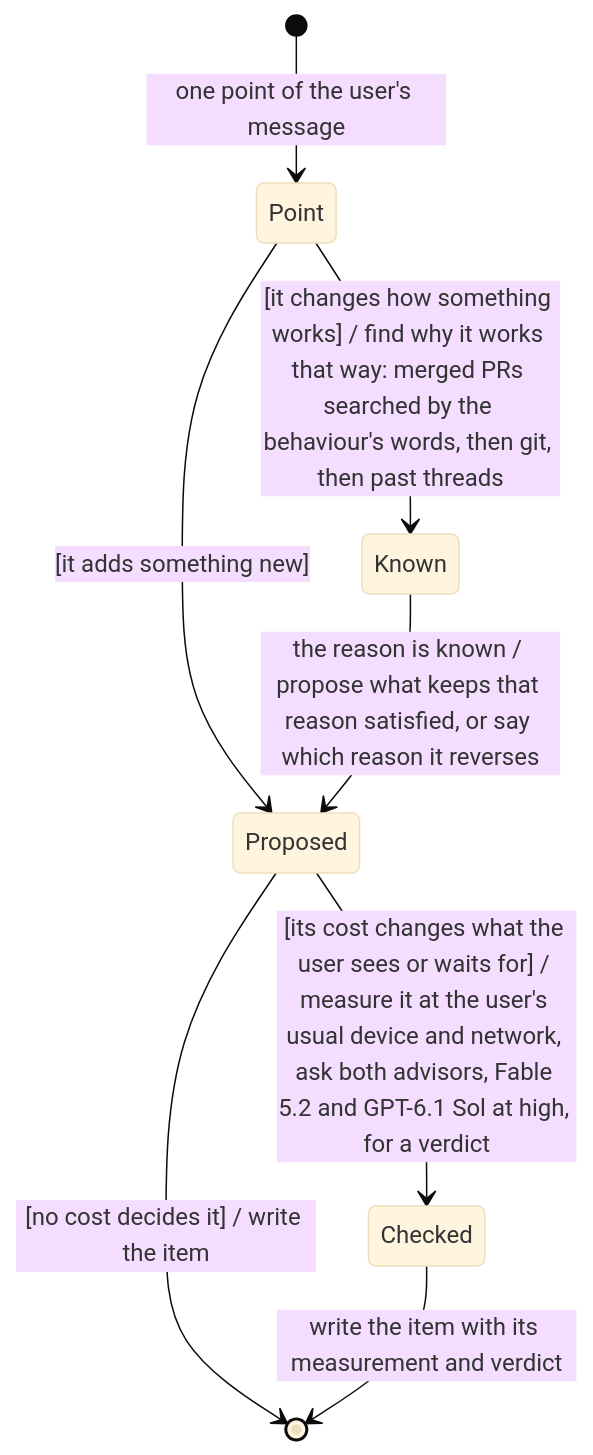
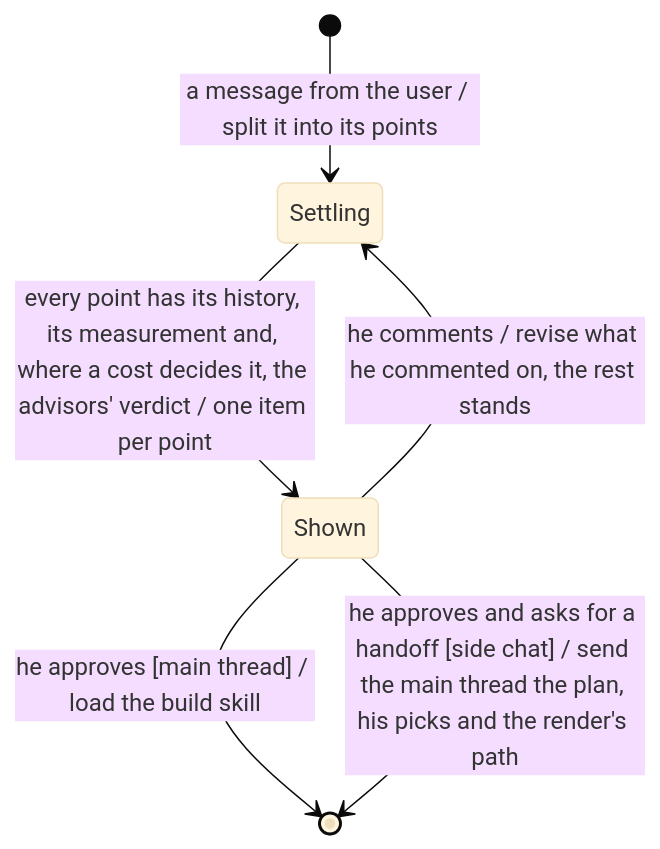
Before and after one commit to MP281X/deslop: the diagram in .claude/skills/plan/SKILL.md, drawn with Mermaid (base theme). The commit also changed other lines of this file and 18 other files, not shown here.

First line of the commit message:
Two gates, one skill per kind of agent, and a shorter prompt

````diff
--- a/.claude/skills/plan/SKILL.md
+++ b/.claude/skills/plan/SKILL.md
@@ -13,10 +8,8 @@
 ```mermaid
 stateDiagram-v2
-    [*] --> Point : one point of the user's message
-    Point --> Known : [it changes how something works] / find why it works that way: merged PRs searched by the behaviour's words, then git, then past threads
-    Point --> Proposed : [it adds something new]
-    Known --> Proposed : the reason is known / propose what keeps that reason satisfied, or say which reason it reverses
-    Proposed --> [*] : [no cost decides it] / write the item
-    Proposed --> Checked : [its cost changes what the user sees or waits for] / measure it at the user's usual device and network, ask both advisors, Fable 5.2 and GPT-6.1 Sol at high, for a verdict
-    Checked --> [*] : write the item with its measurement and verdict
+    [*] --> Settling : a message from the user / split it into its points
+    Settling --> Shown : every point has its history, its measurement and, where a cost decides it, the advisors' verdict / one item per point
+    Shown --> Settling : he comments / revise what he commented on, the rest stands
+    Shown --> [*] : he approves [main thread] / load the build skill
+    Shown --> [*] : he approves and asks for a handoff [side chat] / send the main thread the plan, his picks and the render's path
 ```
````
